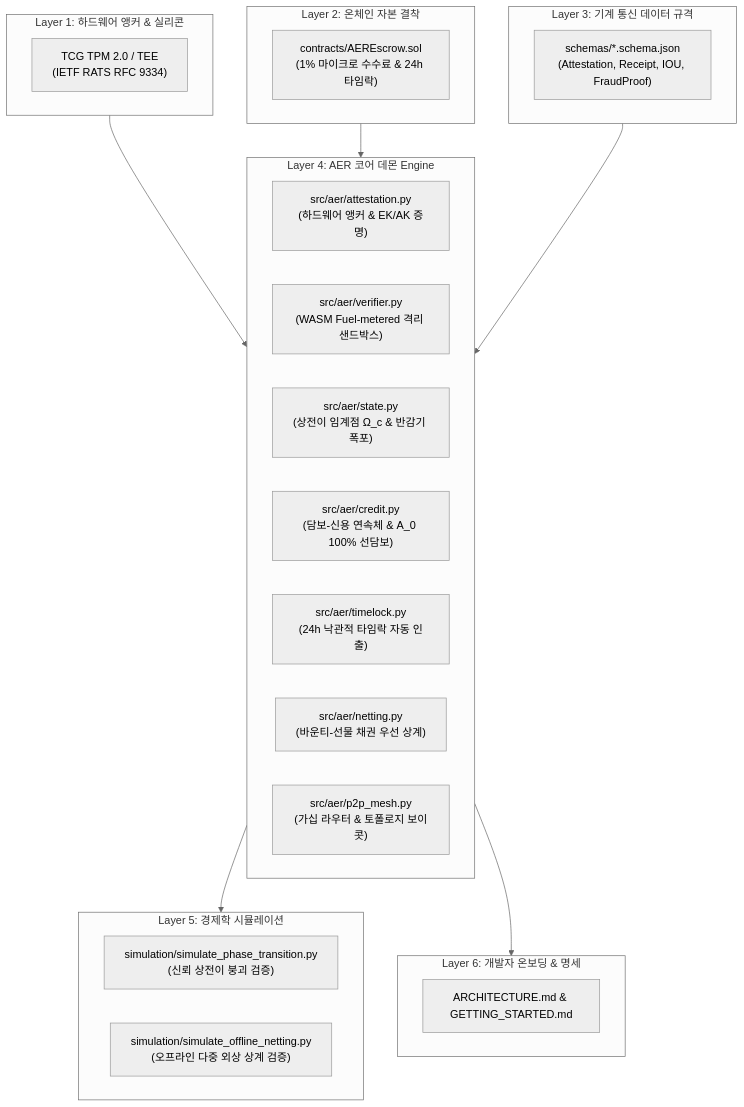
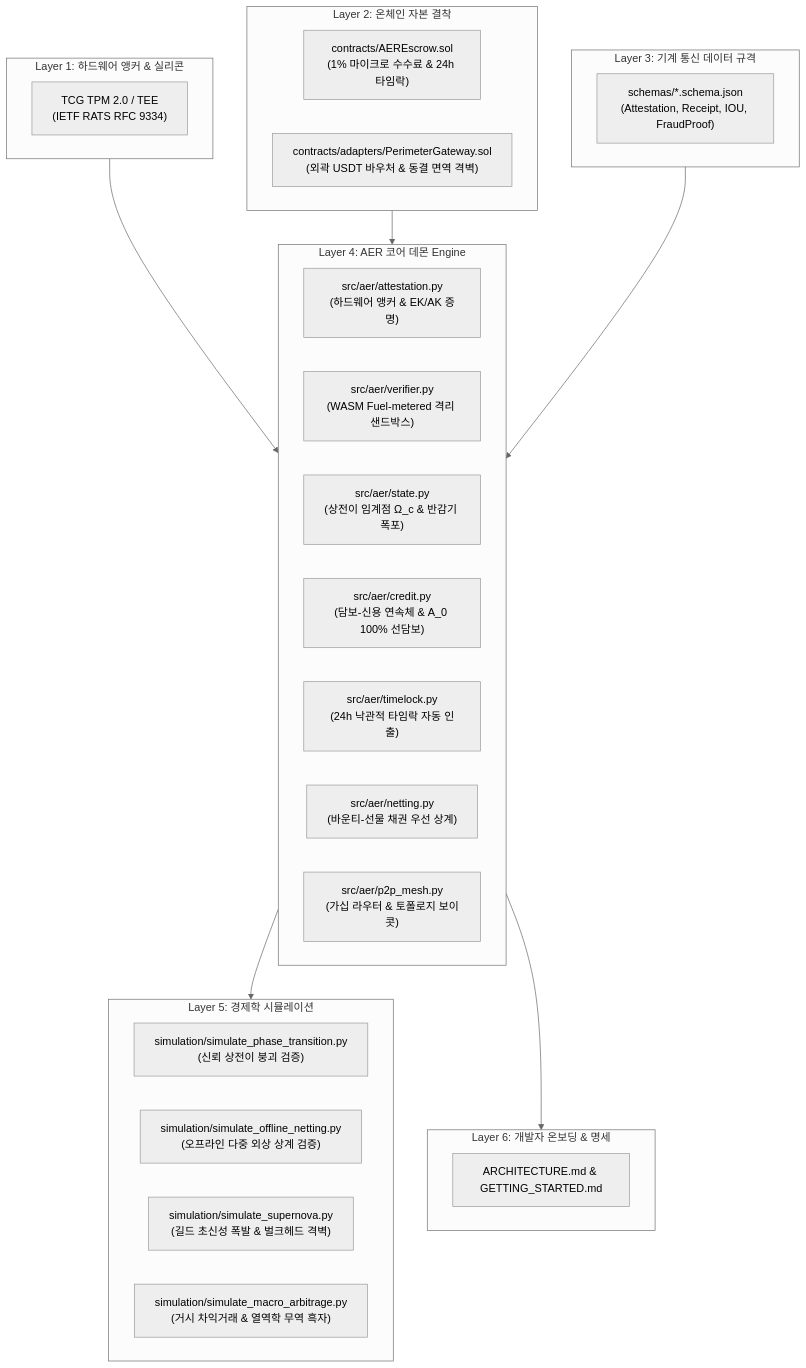
One commit to Team-Sequence-Thaumaturge/AER changed the diagram in ROADMAP.ko.md. Above: the diagram before and after it, drawn with Mermaid (neutral theme). The commit also changed other lines of this file and 5 other files, not shown here.

Commit message:
docs: integrate Appendix A on macroeconomic boundary conditions, perimeter gateway, and indirect arbitrage (v1.8.5)

````diff
--- a/ROADMAP.ko.md
+++ b/ROADMAP.ko.md
@@ -8,39 +8,42 @@
 ```mermaid
 graph TD
     subgraph Layer1 [Layer 1: 하드웨어 앵커 & 실리콘]
         TPM["TCG TPM 2.0 / TEE<br/>(IETF RATS RFC 9334)"]
     end
 
     subgraph Layer2 [Layer 2: 온체인 자본 결착]
         Escrow["contracts/AEREscrow.sol<br/>(1% 마이크로 수수료 & 24h 타임락)"]
+        Gateway["contracts/adapters/PerimeterGateway.sol<br/>(외곽 USDT 바우처 & 동결 면역 격벽)"]
     end
 
     subgraph Layer3 [Layer 3: 기계 통신 데이터 규격]
         Schemas["schemas/*.schema.json<br/>(Attestation, Receipt, IOU, FraudProof)"]
     end
 
     subgraph Layer4 [Layer 4: AER 코어 데몬 Engine]
         Attest["src/aer/attestation.py<br/>(하드웨어 앵커 & EK/AK 증명)"]
         Verify["src/aer/verifier.py<br/>(WASM Fuel-metered 격리 샌드박스)"]
         State["src/aer/state.py<br/>(상전이 임계점 Ω_c & 반감기 폭포)"]
         Credit["src/aer/credit.py<br/>(담보-신용 연속체 & A_0 100% 선담보)"]
         Timelock["src/aer/timelock.py<br/>(24h 낙관적 타임락 자동 인출)"]
         Netting["src/aer/netting.py<br/>(바운티-선물 채권 우선 상계)"]
         Mesh["src/aer/p2p_mesh.py<br/>(가십 라우터 & 토폴로지 보이콧)"]
     end
 
     subgraph Layer5 [Layer 5: 경제학 시뮬레이션]
         SimPhase["simulation/simulate_phase_transition.py<br/>(신뢰 상전이 붕괴 검증)"]
         SimNet["simulation/simulate_offline_netting.py<br/>(오프라인 다중 외상 상계 검증)"]
+        SimSuper["simulation/simulate_supernova.py<br/>(길드 초신성 폭발 & 벌크헤드 격벽)"]
+        SimMacro["simulation/simulate_macro_arbitrage.py<br/>(거시 차익거래 & 열역학 무역 흑자)"]
     end
 
     subgraph Layer6 [Layer 6: 개발자 온보딩 & 명세]
         Docs["ARCHITECTURE.md & GETTING_STARTED.md"]
     end
 
     Layer1 --> Layer4
     Layer2 --> Layer4
     Layer3 --> Layer4
     Layer4 --> Layer5
     Layer4 --> Layer6
 ```
````
